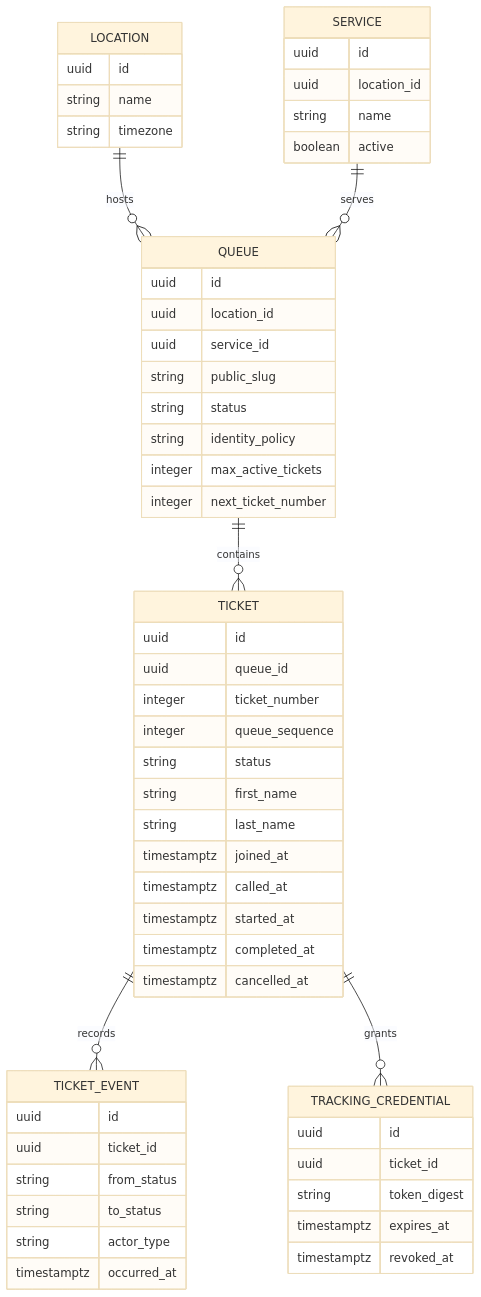
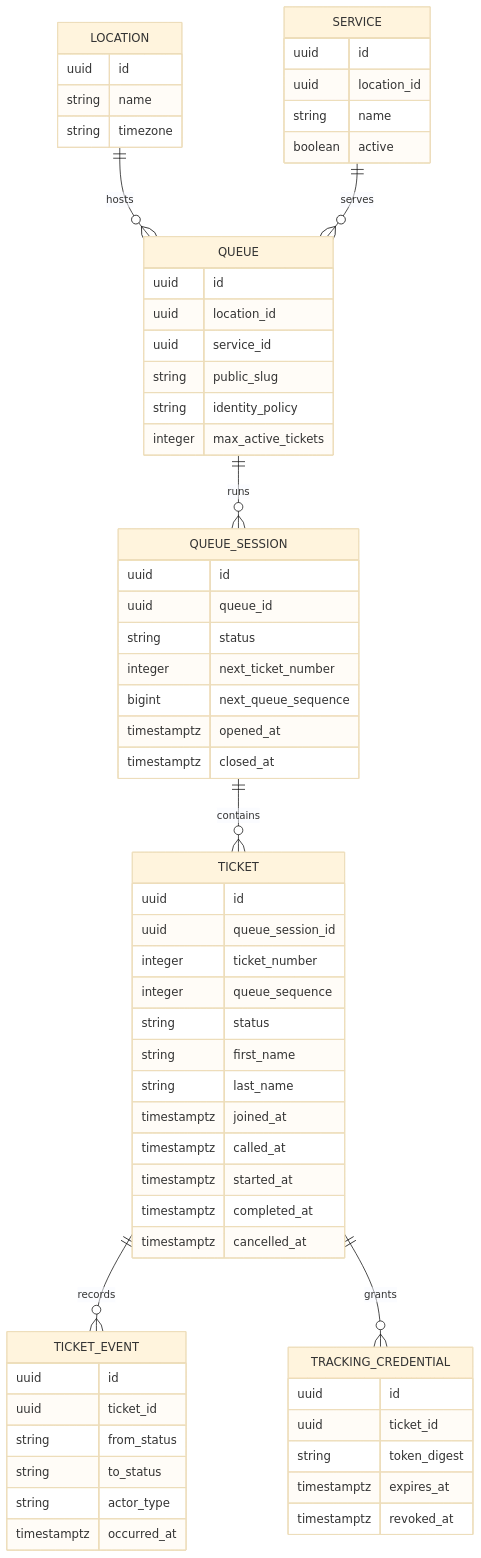
One commit to johnwesonga/kewkew changed the first of 2 diagrams in docs/visitor-flow-data-model.md. Above: the diagram before and after it, drawn with Mermaid (base theme). The commit also changed other lines of this file and 2 other files, not shown here.

Commit message:
Model reusable queue sessions and numbering

````diff
--- a/docs/visitor-flow-data-model.md
+++ b/docs/visitor-flow-data-model.md
@@ -11,59 +11,67 @@
 ```mermaid
 erDiagram
     LOCATION ||--o{ QUEUE : hosts
     SERVICE ||--o{ QUEUE : serves
-    QUEUE ||--o{ TICKET : contains
+    QUEUE ||--o{ QUEUE_SESSION : runs
+    QUEUE_SESSION ||--o{ TICKET : contains
     TICKET ||--o{ TICKET_EVENT : records
     TICKET ||--o{ TRACKING_CREDENTIAL : grants
 
     LOCATION {
       uuid id
       string name
       string timezone
     }
     SERVICE {
       uuid id
       uuid location_id
       string name
       boolean active
     }
     QUEUE {
       uuid id
       uuid location_id
       uuid service_id
       string public_slug
-      string status
       string identity_policy
       integer max_active_tickets
+    }
+    QUEUE_SESSION {
+      uuid id
+      uuid queue_id
+      string status
       integer next_ticket_number
+      bigint next_queue_sequence
+      timestamptz opened_at
+      timestamptz closed_at
     }
     TICKET {
       uuid id
-      uuid queue_id
+      uuid queue_session_id
       integer ticket_number
       integer queue_sequence
       string status
       string first_name
       string last_name
       timestamptz joined_at
       timestamptz called_at
       timestamptz started_at
       timestamptz completed_at
       timestamptz cancelled_at
     }
     TICKET_EVENT {
       uuid id
       uuid ticket_id
       string from_status
       string to_status
       string actor_type
       timestamptz occurred_at
     }
     TRACKING_CREDENTIAL {
       uuid id
       uuid ticket_id
       string token_digest
       timestamptz expires_at
       timestamptz revoked_at
     }
 ```
````
